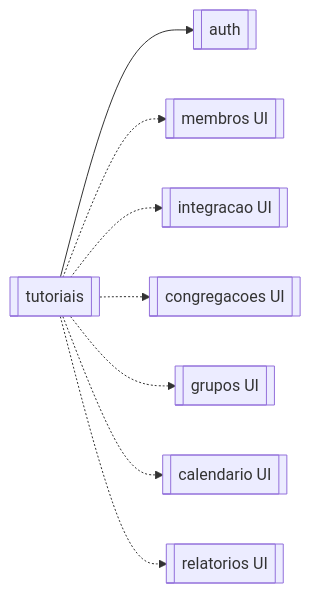
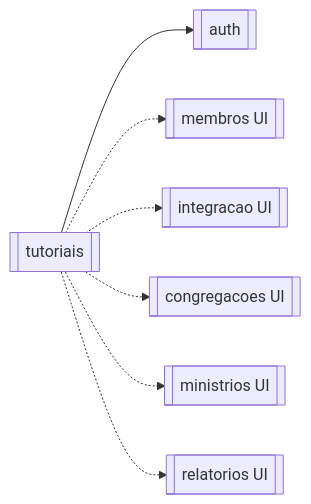
Before and after one commit to vinic-asouza/flock: the fourth of 4 diagrams in docs/04_modulos/tutoriais.md, drawn with Mermaid. The commit also changed other lines of this file and 7 other files, not shown here.

````diff
--- a/docs/04_modulos/tutoriais.md
+++ b/docs/04_modulos/tutoriais.md
@@ -338,11 +342,10 @@
 ```mermaid
 graph LR
   TUT[[tutoriais]]
   TUT --> AUTH[[auth]]
   TUT -.-> MEM[[membros UI]]
   TUT -.-> INT[[integracao UI]]
   TUT -.-> CON[[congregacoes UI]]
-  TUT -.-> GRP[[grupos UI]]
-  TUT -.-> CAL[[calendario UI]]
+  TUT -.-> GRP[[ministrios UI]]
   TUT -.-> REL[[relatorios UI]]
 ```
````
